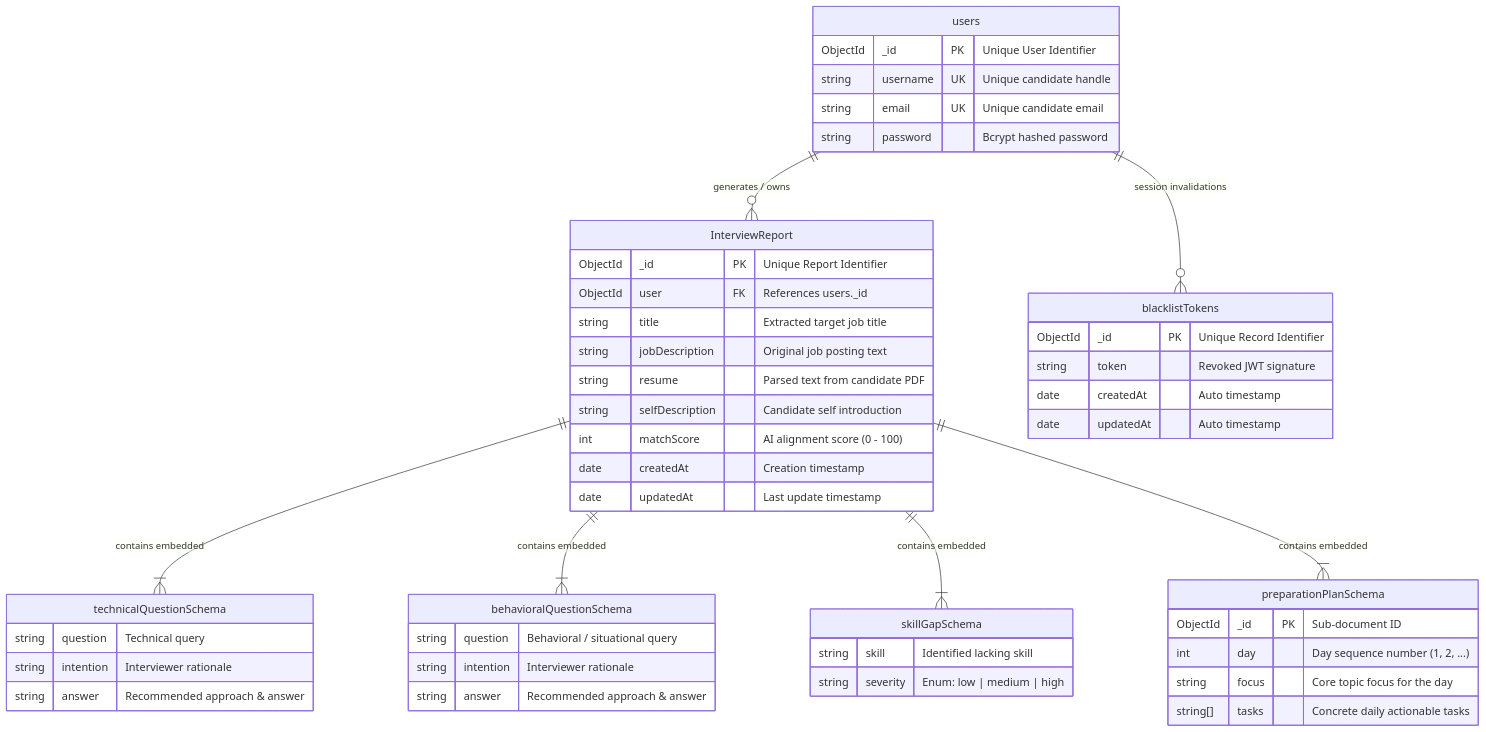
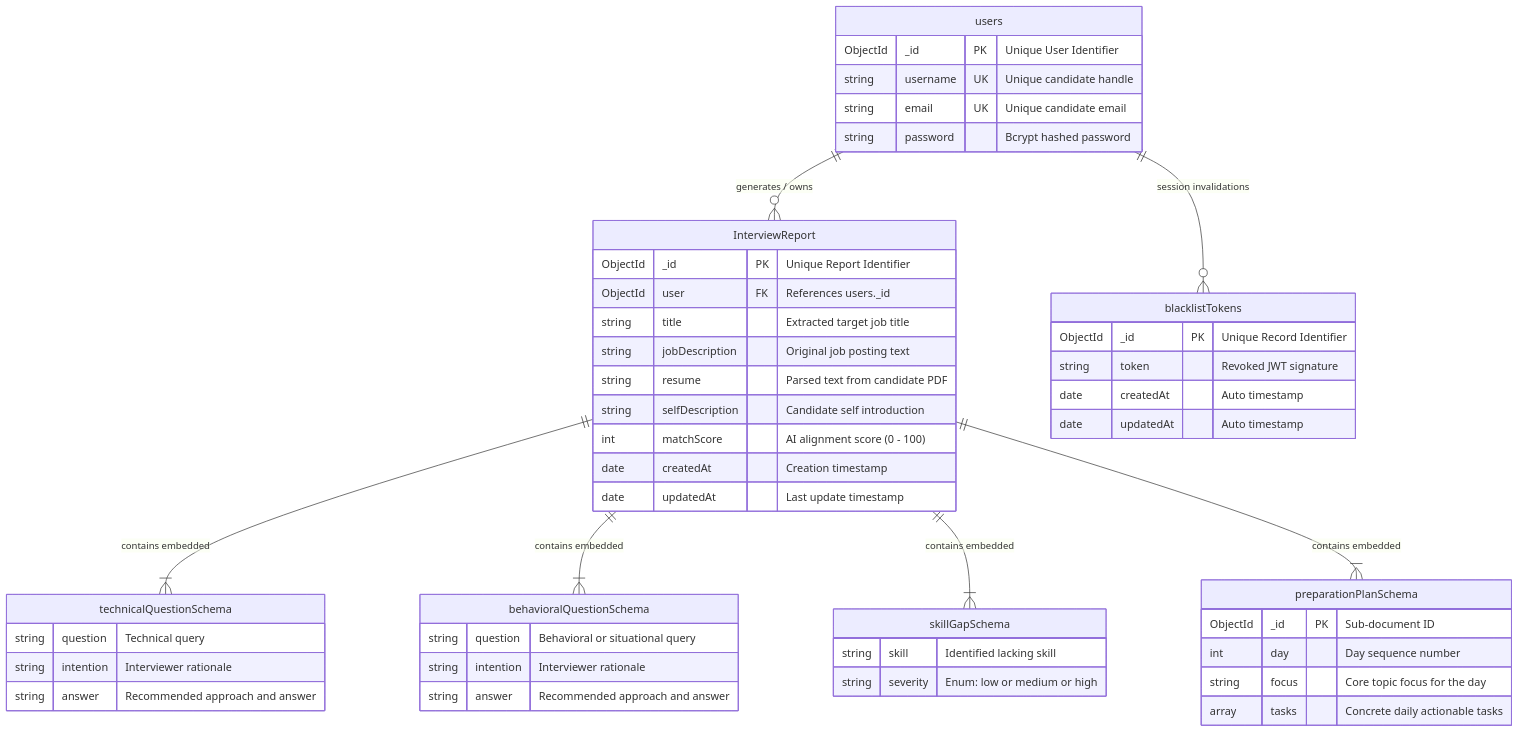
Before and after one commit to Shivam-S-Ramoliya/Gen-AI-Project: the diagram in Documents/er_diagram.md, drawn with Mermaid. The commit also changed 4 other files, not shown here.

Commit message:
fix(docs): resolve Mermaid syntax and character escaping in sequence diagrams

````diff
--- a/Documents/er_diagram.md
+++ b/Documents/er_diagram.md
@@ -11,60 +11,60 @@
 ```mermaid
 erDiagram
     users ||--o{ InterviewReport : "generates / owns"
     users ||--o{ blacklistTokens : "session invalidations"
 
     users {
         ObjectId _id PK "Unique User Identifier"
         string username UK "Unique candidate handle"
         string email UK "Unique candidate email"
         string password "Bcrypt hashed password"
     }
 
     blacklistTokens {
         ObjectId _id PK "Unique Record Identifier"
         string token "Revoked JWT signature"
         date createdAt "Auto timestamp"
         date updatedAt "Auto timestamp"
     }
 
     InterviewReport {
         ObjectId _id PK "Unique Report Identifier"
         ObjectId user FK "References users._id"
         string title "Extracted target job title"
         string jobDescription "Original job posting text"
         string resume "Parsed text from candidate PDF"
         string selfDescription "Candidate self introduction"
         int matchScore "AI alignment score (0 - 100)"
         date createdAt "Creation timestamp"
         date updatedAt "Last update timestamp"
     }
 
     InterviewReport ||--|{ technicalQuestionSchema : "contains embedded"
     InterviewReport ||--|{ behavioralQuestionSchema : "contains embedded"
     InterviewReport ||--|{ skillGapSchema : "contains embedded"
     InterviewReport ||--|{ preparationPlanSchema : "contains embedded"
 
     technicalQuestionSchema {
         string question "Technical query"
         string intention "Interviewer rationale"
-        string answer "Recommended approach & answer"
+        string answer "Recommended approach and answer"
     }
 
     behavioralQuestionSchema {
-        string question "Behavioral / situational query"
+        string question "Behavioral or situational query"
         string intention "Interviewer rationale"
-        string answer "Recommended approach & answer"
+        string answer "Recommended approach and answer"
     }
 
     skillGapSchema {
         string skill "Identified lacking skill"
-        string severity "Enum: low | medium | high"
+        string severity "Enum: low or medium or high"
     }
 
     preparationPlanSchema {
         ObjectId _id PK "Sub-document ID"
-        int day "Day sequence number (1, 2, ...)"
+        int day "Day sequence number"
         string focus "Core topic focus for the day"
-        string[] tasks "Concrete daily actionable tasks"
+        array tasks "Concrete daily actionable tasks"
     }
 ```
````
